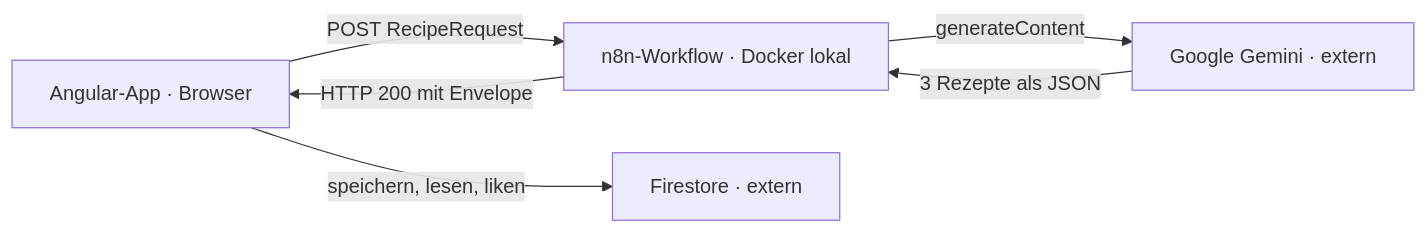
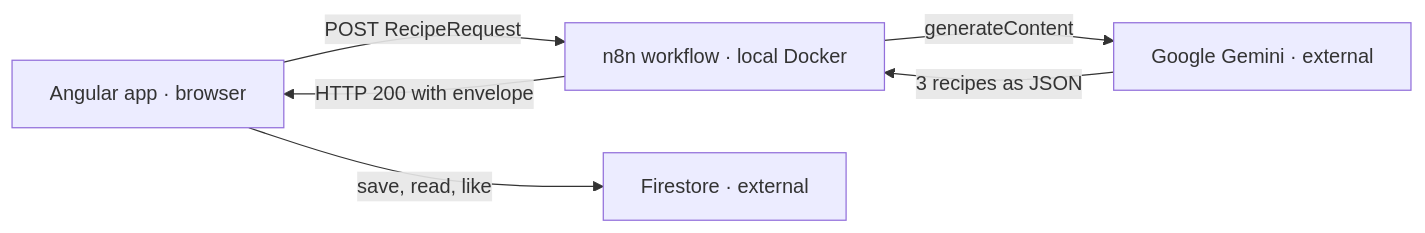
Before and after one commit to ttoebbe/code-a-cuisine: the diagram in README.md, drawn with Mermaid. The commit also changed other lines of this file and 6 other files, not shown here.

````diff
--- a/README.md
+++ b/README.md
@@ -8,13 +8,13 @@
 ```mermaid
 flowchart LR
-  ng["Angular-App · Browser"]
-  n8n["n8n-Workflow · Docker lokal"]
-  ai["Google Gemini · extern"]
-  fs["Firestore · extern"]
+  ng["Angular app · browser"]
+  n8n["n8n workflow · local Docker"]
+  ai["Google Gemini · external"]
+  fs["Firestore · external"]
 
   ng -- "POST RecipeRequest" --> n8n
   n8n -- "generateContent" --> ai
-  ai -- "3 Rezepte als JSON" --> n8n
-  n8n -- "HTTP 200 mit Envelope" --> ng
-  ng -- "speichern, lesen, liken" --> fs
+  ai -- "3 recipes as JSON" --> n8n
+  n8n -- "HTTP 200 with envelope" --> ng
+  ng -- "save, read, like" --> fs
 ```
````
